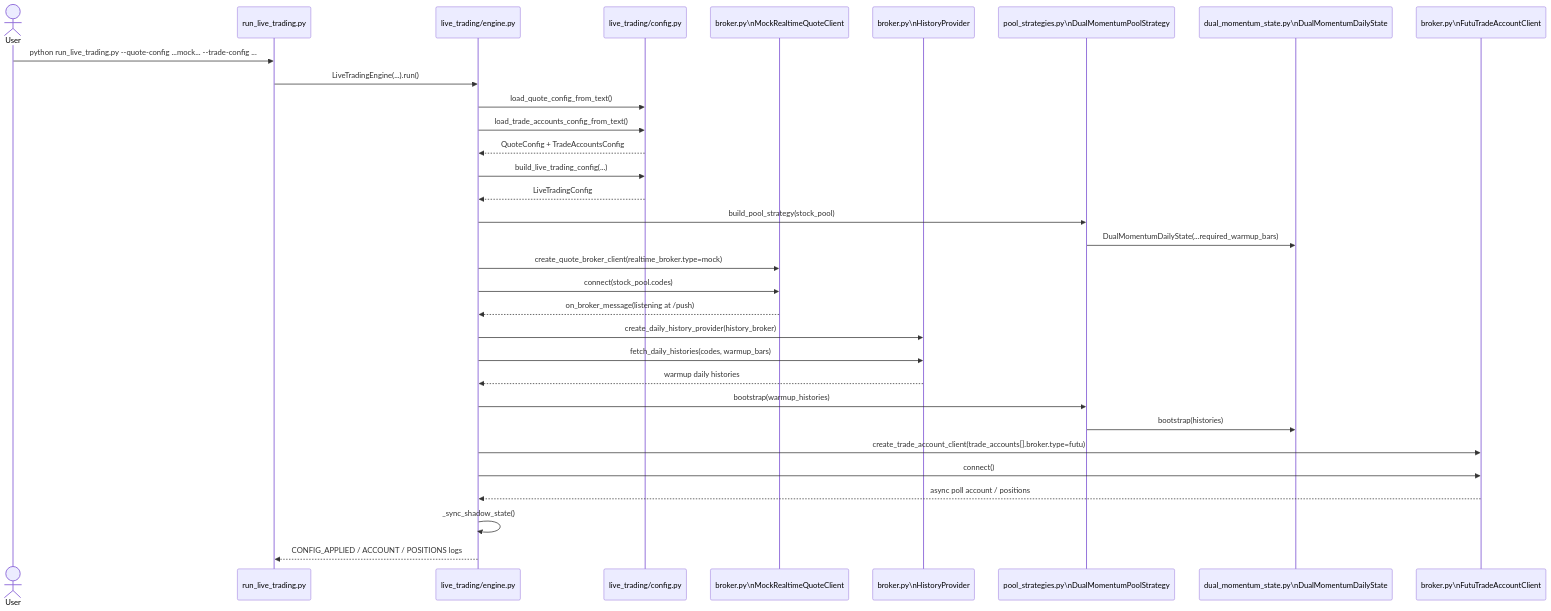
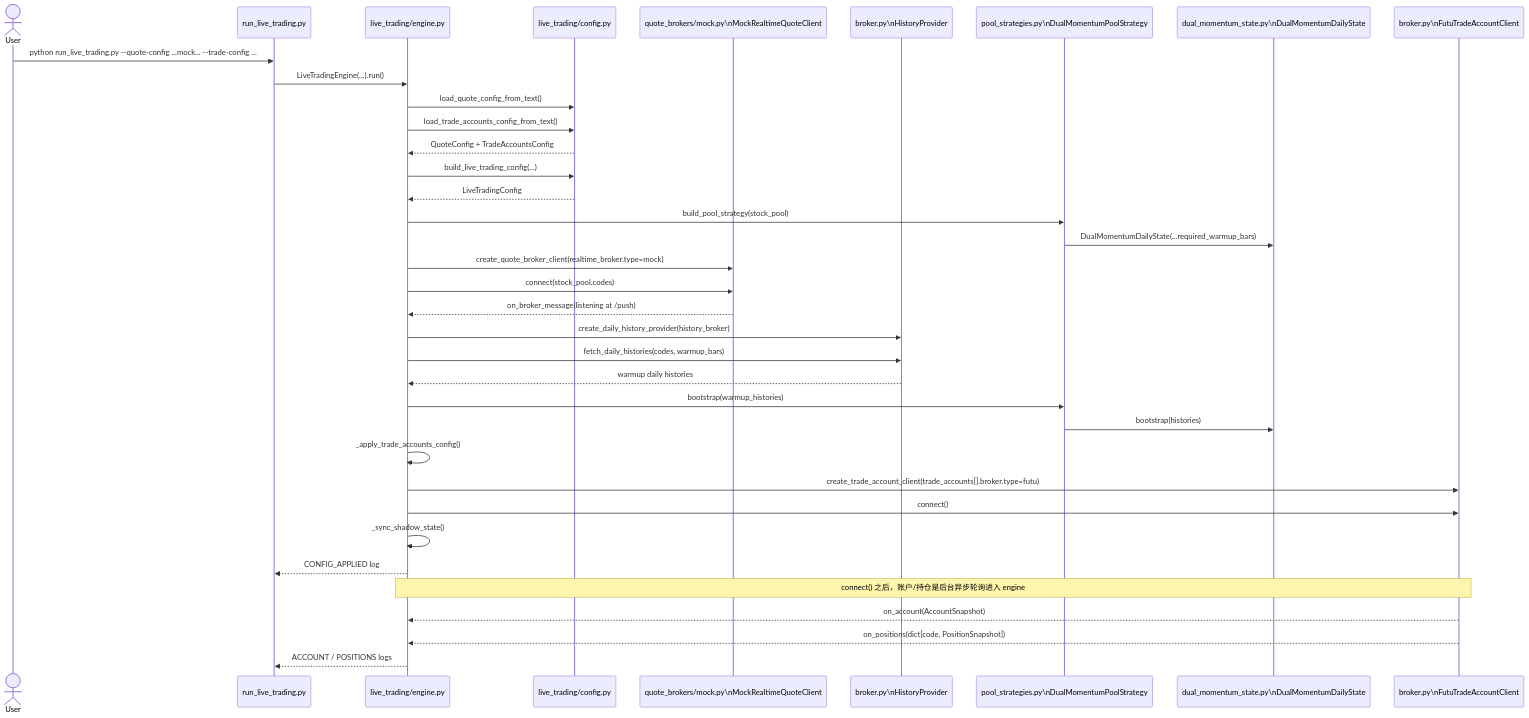
Before and after one commit to hangchow/backtest: the first of 3 diagrams in docs/README_live_trading_mock_sequence.md, drawn with Mermaid. The commit also changed other lines of this file, not shown here.

Commit message:
Fix live trading mock sequence doc

````diff
--- a/docs/README_live_trading_mock_sequence.md
+++ b/docs/README_live_trading_mock_sequence.md
@@ -25,41 +26,45 @@
 ```mermaid
 sequenceDiagram
     actor U as User
     participant CLI as run_live_trading.py
     participant ENG as live_trading/engine.py
     participant CFG as live_trading/config.py
-    participant QB as broker.py\nMockRealtimeQuoteClient
+    participant QB as quote_brokers/mock.py\nMockRealtimeQuoteClient
     participant HB as broker.py\nHistoryProvider
     participant PLS as pool_strategies.py\nDualMomentumPoolStrategy
     participant STATE as dual_momentum_state.py\nDualMomentumDailyState
     participant TB as broker.py\nFutuTradeAccountClient
 
     U->>CLI: python run_live_trading.py --quote-config ...mock... --trade-config ...
     CLI->>ENG: LiveTradingEngine(...).run()
     ENG->>CFG: load_quote_config_from_text()
     ENG->>CFG: load_trade_accounts_config_from_text()
     CFG-->>ENG: QuoteConfig + TradeAccountsConfig
     ENG->>CFG: build_live_trading_config(...)
     CFG-->>ENG: LiveTradingConfig
 
     ENG->>PLS: build_pool_strategy(stock_pool)
     PLS->>STATE: DualMomentumDailyState(...required_warmup_bars)
 
     ENG->>QB: create_quote_broker_client(realtime_broker.type=mock)
     ENG->>QB: connect(stock_pool.codes)
     QB-->>ENG: on_broker_message(listening at /push)
 
     ENG->>HB: create_daily_history_provider(history_broker)
     ENG->>HB: fetch_daily_histories(codes, warmup_bars)
     HB-->>ENG: warmup daily histories
 
     ENG->>PLS: bootstrap(warmup_histories)
     PLS->>STATE: bootstrap(histories)
 
+    ENG->>ENG: _apply_trade_accounts_config()
     ENG->>TB: create_trade_account_client(trade_accounts[].broker.type=futu)
     ENG->>TB: connect()
-    TB-->>ENG: async poll account / positions
+    ENG->>ENG: _sync_shadow_state()
+    ENG-->>CLI: CONFIG_APPLIED log
 
-    ENG->>ENG: _sync_shadow_state()
-    ENG-->>CLI: CONFIG_APPLIED / ACCOUNT / POSITIONS logs
+    Note over TB,ENG: connect() 之后，账户/持仓是后台异步轮询进入 engine
+    TB-->>ENG: on_account(AccountSnapshot)
+    TB-->>ENG: on_positions(dict[code, PositionSnapshot])
+    ENG-->>CLI: ACCOUNT / POSITIONS logs
 ```
````
